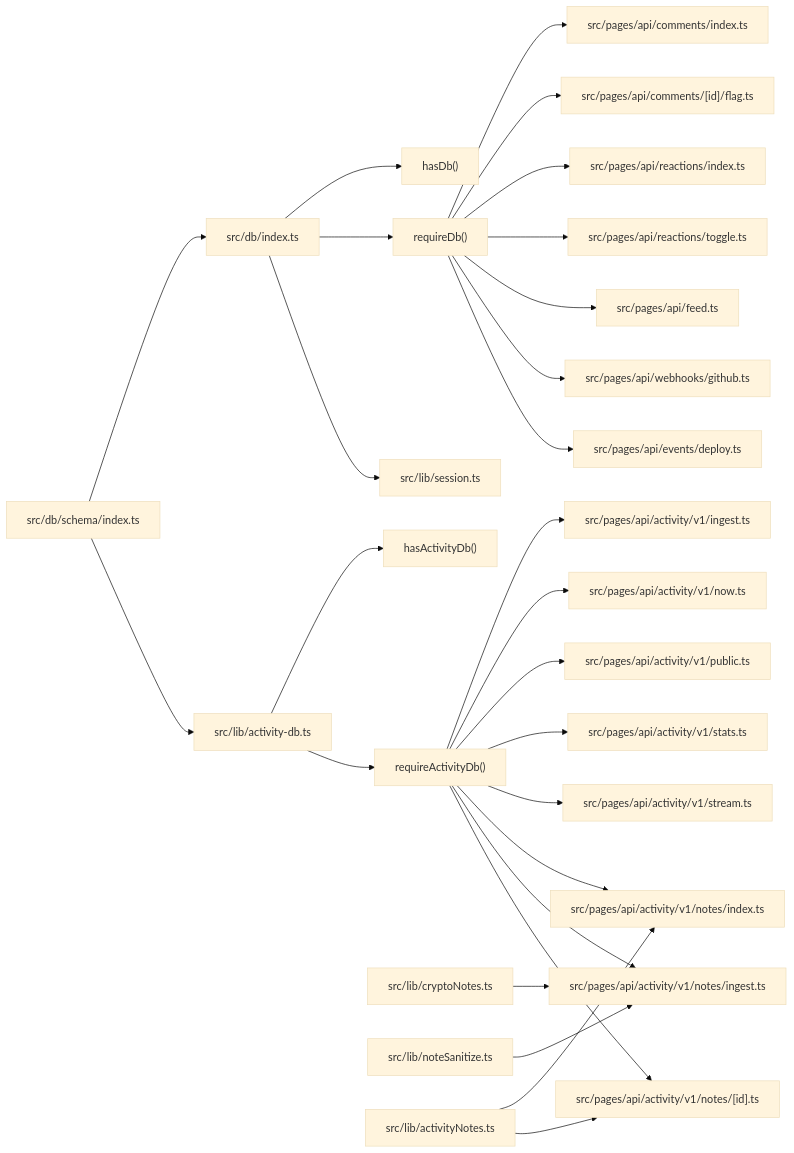
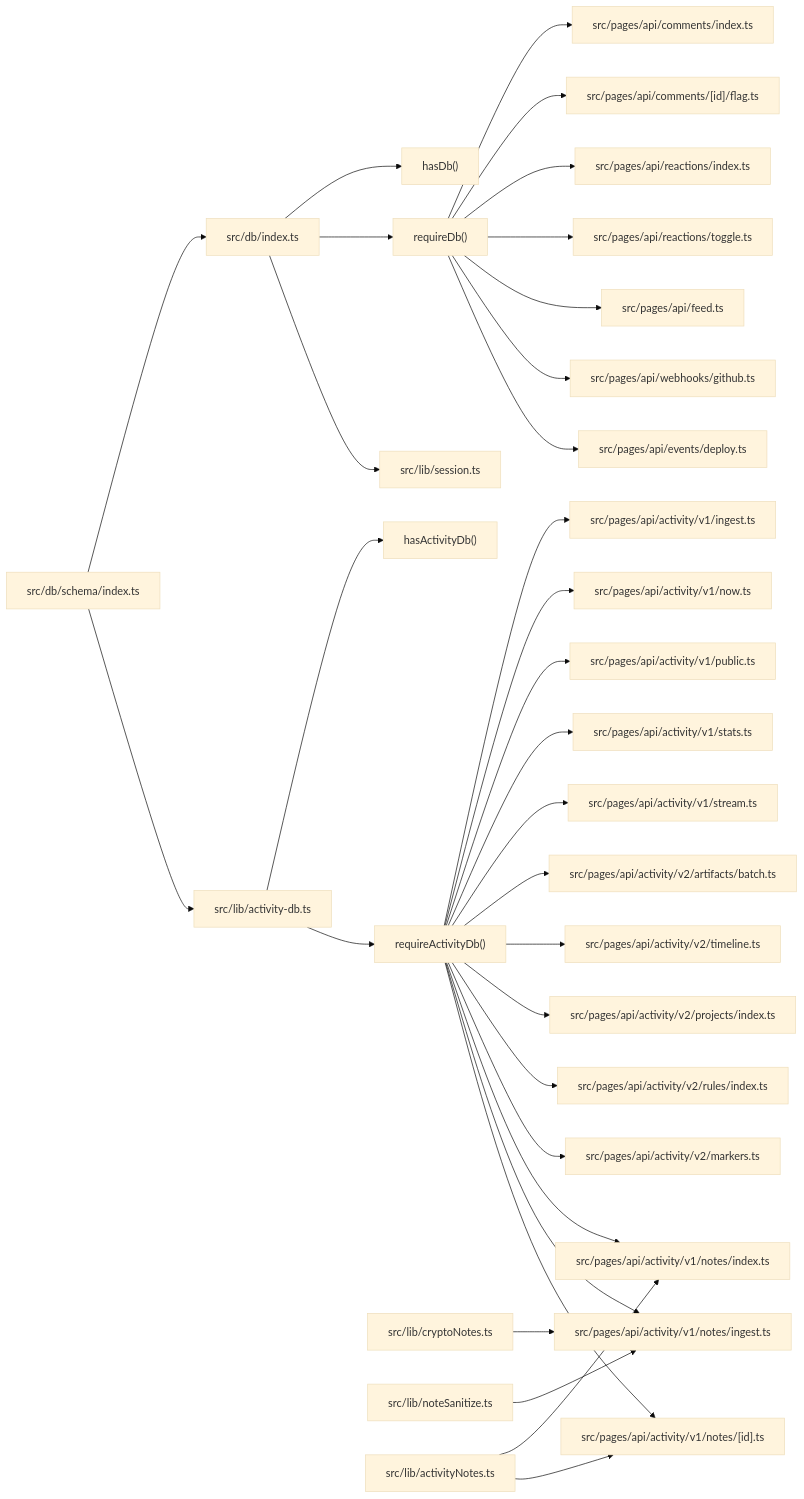
One commit to WizardJIOCb/rodion.pro changed the third of 3 diagrams in .qoder/repowiki/en/content/Database Design.md. Above: the diagram before and after it, drawn with Mermaid (base theme). The commit also changed other lines of this file and 20 other files, not shown here.

````diff
--- a/.qoder/repowiki/en/content/Database Design.md
+++ b/.qoder/repowiki/en/content/Database Design.md
@@ -648,55 +923,65 @@
 ```mermaid
 graph LR
 DBIDX["src/db/index.ts"]
 ACTIVITY_DB["src/lib/activity-db.ts"]
 HASDB["hasDb()"]
 REQDB["requireDb()"]
 HASACTDB["hasActivityDb()"]
 REQACTDB["requireActivityDb()"]
 SCHEMA["src/db/schema/index.ts"]
 API_COMMENTS["src/pages/api/comments/index.ts"]
 API_FLAGS["src/pages/api/comments/[id]/flag.ts"]
 API_REACTIONS["src/pages/api/reactions/index.ts"]
 API_TOGGLE["src/pages/api/reactions/toggle.ts"]
 API_FEED["src/pages/api/feed.ts"]
 API_GITHUB["src/pages/api/webhooks/github.ts"]
 API_DEPLOY["src/pages/api/events/deploy.ts"]
 API_INGEST["src/pages/api/activity/v1/ingest.ts"]
 API_NOW["src/pages/api/activity/v1/now.ts"]
 API_PUBLIC["src/pages/api/activity/v1/public.ts"]
 API_STATS["src/pages/api/activity/v1/stats.ts"]
 API_STREAM["src/pages/api/activity/v1/stream.ts"]
+API_V2_ARTIFACTS["src/pages/api/activity/v2/artifacts/batch.ts"]
+API_V2_TIMELINE["src/pages/api/activity/v2/timeline.ts"]
+API_V2_PROJECTS["src/pages/api/activity/v2/projects/index.ts"]
+API_V2_RULES["src/pages/api/activity/v2/rules/index.ts"]
+API_V2_MARKERS["src/pages/api/activity/v2/markers.ts"]
 API_NOTES_INDEX["src/pages/api/activity/v1/notes/index.ts"]
 API_NOTES_INGEST["src/pages/api/activity/v1/notes/ingest.ts"]
 API_NOTES_ID["src/pages/api/activity/v1/notes/[id].ts"]
 SESS["src/lib/session.ts"]
 CRYPTO["src/lib/cryptoNotes.ts"]
 SANITIZE["src/lib/noteSanitize.ts"]
 NOTES_UTIL["src/lib/activityNotes.ts"]
 DBIDX --> HASDB
 DBIDX --> REQDB
 ACTIVITY_DB --> HASACTDB
 ACTIVITY_DB --> REQACTDB
 REQDB --> API_COMMENTS
 REQDB --> API_FLAGS
 REQDB --> API_REACTIONS
 REQDB --> API_TOGGLE
 REQDB --> API_FEED
 REQDB --> API_GITHUB
 REQDB --> API_DEPLOY
 REQACTDB --> API_INGEST
 REQACTDB --> API_NOW
 REQACTDB --> API_PUBLIC
 REQACTDB --> API_STATS
 REQACTDB --> API_STREAM
+REQACTDB --> API_V2_ARTIFACTS
+REQACTDB --> API_V2_TIMELINE
+REQACTDB --> API_V2_PROJECTS
+REQACTDB --> API_V2_RULES
+REQACTDB --> API_V2_MARKERS
 REQACTDB --> API_NOTES_INDEX
 REQACTDB --> API_NOTES_INGEST
 REQACTDB --> API_NOTES_ID
 DBIDX --> SESS
 SCHEMA --> DBIDX
 SCHEMA --> ACTIVITY_DB
 CRYPTO --> API_NOTES_INGEST
 SANITIZE --> API_NOTES_INGEST
 NOTES_UTIL --> API_NOTES_INDEX
 NOTES_UTIL --> API_NOTES_ID
 ```
````
